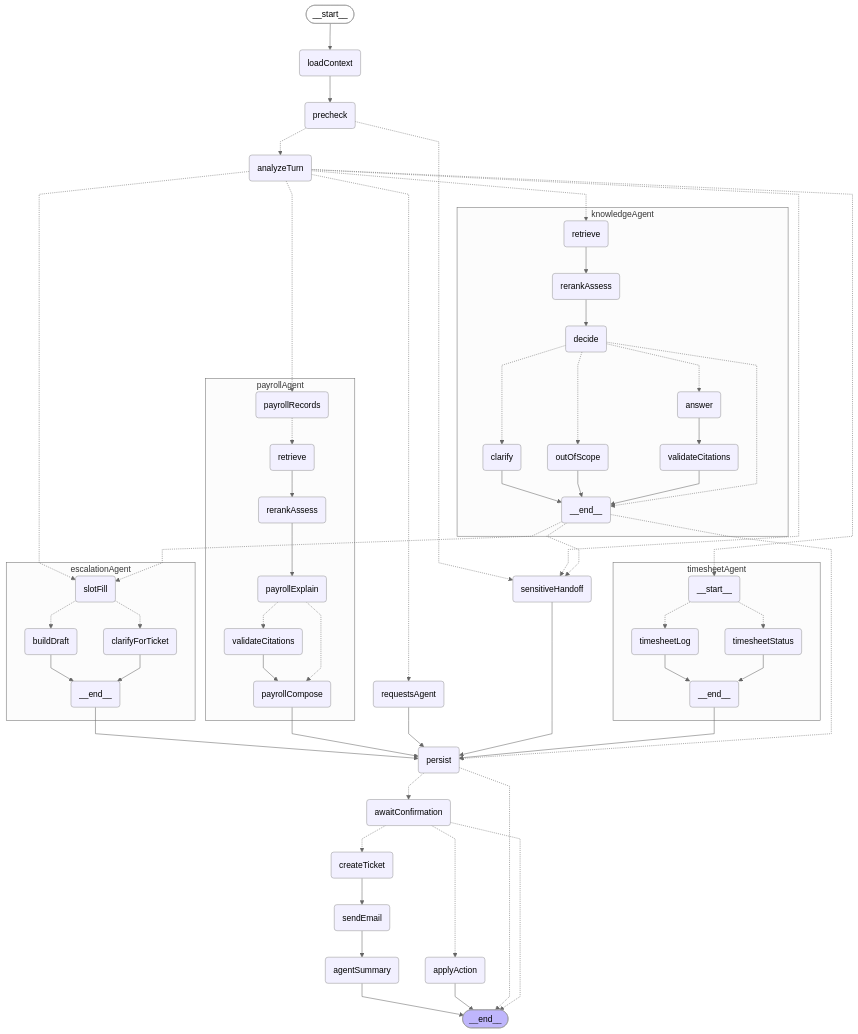
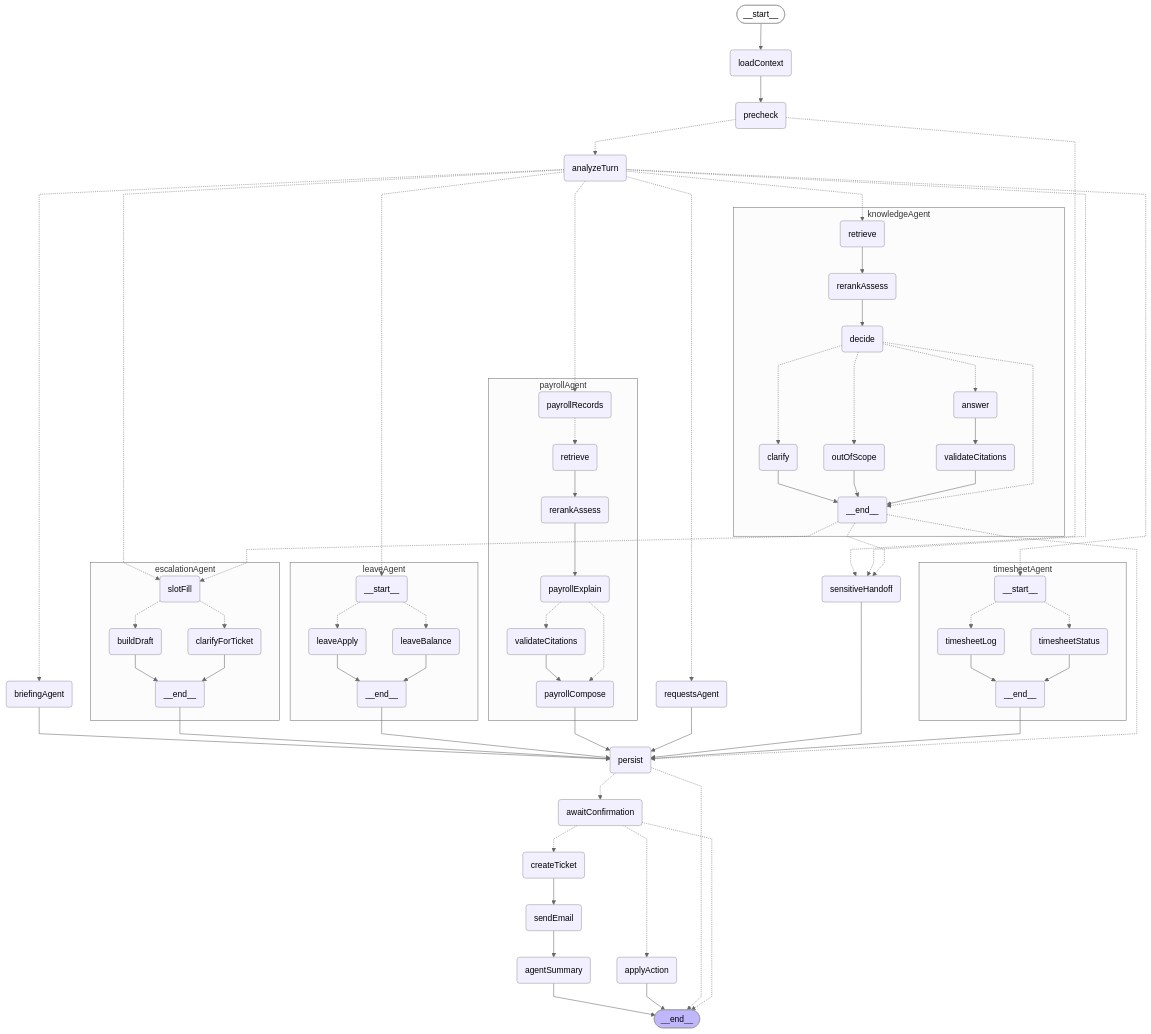
The diagram in docs/ARCHITECTURE.md (Dewanshu93/AI-Support-System), drawn with Mermaid (neutral theme) before and after one commit. The commit also changed other lines of this file and 21 other files, not shown here.

First line of the commit message:
UC-11b: Copilot leave balance, daily briefing, P-1 v3 draft

```diff
--- a/docs/ARCHITECTURE.md
+++ b/docs/ARCHITECTURE.md
@@ -411,6 +411,11 @@
 	payrollAgent_payrollExplain(payrollExplain)
 	payrollAgent_validateCitations(validateCitations)
 	payrollAgent_payrollCompose(payrollCompose)
+	leaveAgent___start__(<p>__start__</p>)
+	leaveAgent_leaveBalance(leaveBalance)
+	leaveAgent_leaveApply(leaveApply)
+	leaveAgent___end__(<p>__end__</p>)
+	briefingAgent(briefingAgent)
 	sensitiveHandoff(sensitiveHandoff)
 	persist(persist)
 	awaitConfirmation(awaitConfirmation)
@@ -422,8 +427,10 @@
 	__start__ --> loadContext;
 	agentSummary --> __end__;
 	applyAction --> __end__;
+	briefingAgent --> persist;
 	createTicket --> sendEmail;
 	escalationAgent___end__ --> persist;
+	leaveAgent___end__ --> persist;
 	loadContext --> precheck;
 	payrollAgent_payrollCompose --> persist;
 	requestsAgent --> persist;
@@ -437,6 +444,8 @@
 	analyzeTurn -.-> timesheetAgent___start__;
 	analyzeTurn -.-> requestsAgent;
 	analyzeTurn -.-> payrollAgent_payrollRecords;
+	analyzeTurn -.-> leaveAgent___start__;
+	analyzeTurn -.-> briefingAgent;
 	analyzeTurn -.-> knowledgeAgent_retrieve;
 	knowledgeAgent___end__ -.-> sensitiveHandoff;
 	knowledgeAgent___end__ -.-> escalationAgent_slotFill;
@@ -478,6 +487,12 @@
 	payrollAgent_payrollExplain -.-> payrollAgent_validateCitations;
 	payrollAgent_payrollExplain -.-> payrollAgent_payrollCompose;
 	end
+	subgraph leaveAgent
+	leaveAgent_leaveApply --> leaveAgent___end__;
+	leaveAgent_leaveBalance --> leaveAgent___end__;
+	leaveAgent___start__ -.-> leaveAgent_leaveApply;
+	leaveAgent___start__ -.-> leaveAgent_leaveBalance;
+	end
 	classDef default fill:#f2f0ff,line-height:1.2;
 	classDef first fill-opacity:0;
 	classDef last fill:#bfb6fc;
```
